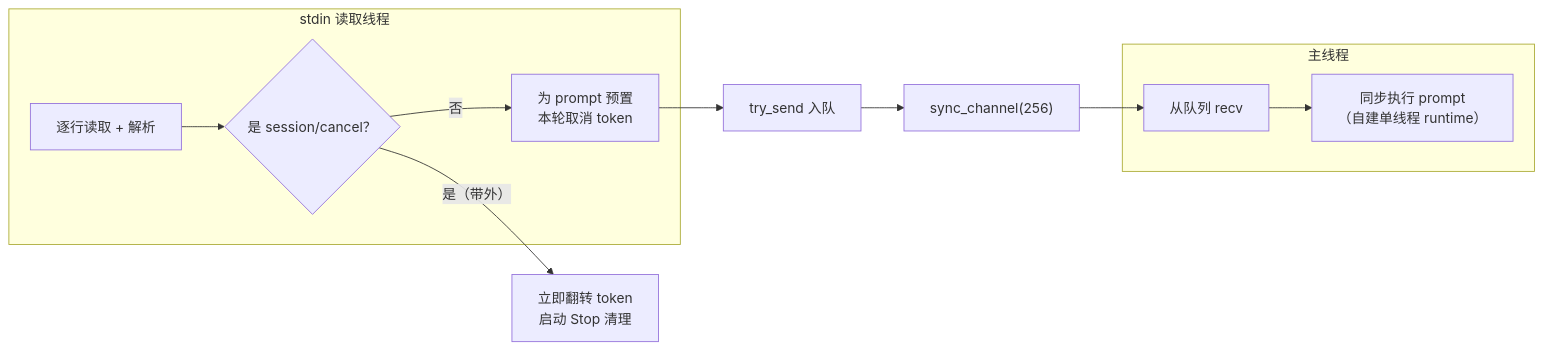
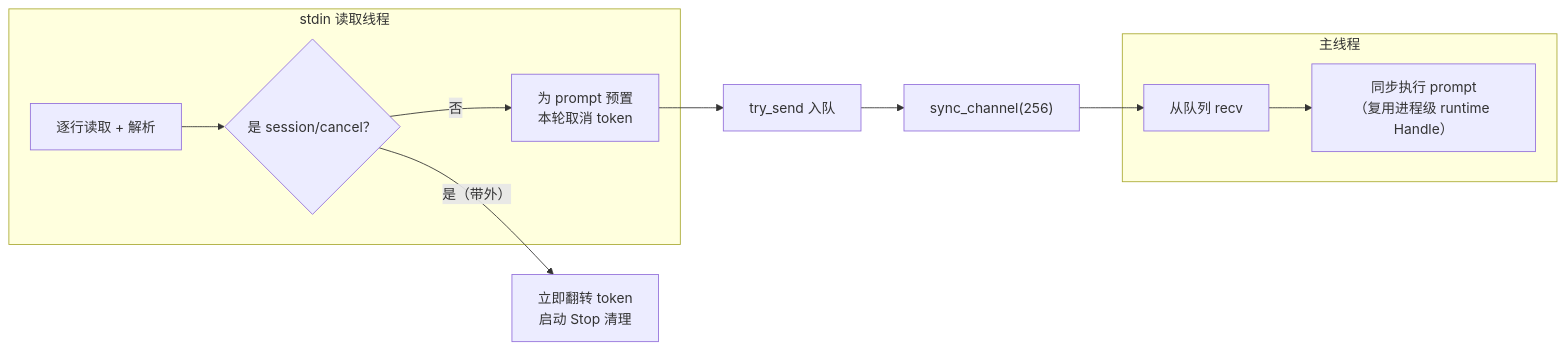
The third of 10 diagrams in docs/architecture/integration/acp.md (shiwenwen/hope-agent), drawn with Mermaid before and after one commit. The commit also changed other lines of this file, not shown here.

Commit message:
🦭 docs: align ACP runtime architecture

````diff
--- a/docs/architecture/integration/acp.md
+++ b/docs/architecture/integration/acp.md
@@ -164,18 +164,18 @@
 ```mermaid
 graph LR
     subgraph THREAD["stdin 读取线程"]
         RL["逐行读取 + 解析"]
         CANCEL{"是 session/cancel？"}
         ARM["为 prompt 预置<br/>本轮取消 token"]
     end
     subgraph MAIN["主线程"]
         RECV["从队列 recv"]
-        RUN["同步执行 prompt<br/>（自建单线程 runtime）"]
+        RUN["同步执行 prompt<br/>（复用进程级 runtime Handle）"]
     end
 
     RL --> CANCEL
     CANCEL -- "是（带外）" --> STOP["立即翻转 token<br/>启动 Stop 清理"]
     CANCEL -- "否" --> ARM --> PUSH["try_send 入队"]
     PUSH --> Q["sync_channel(256)"]
     Q --> RECV --> RUN
 ```
````
